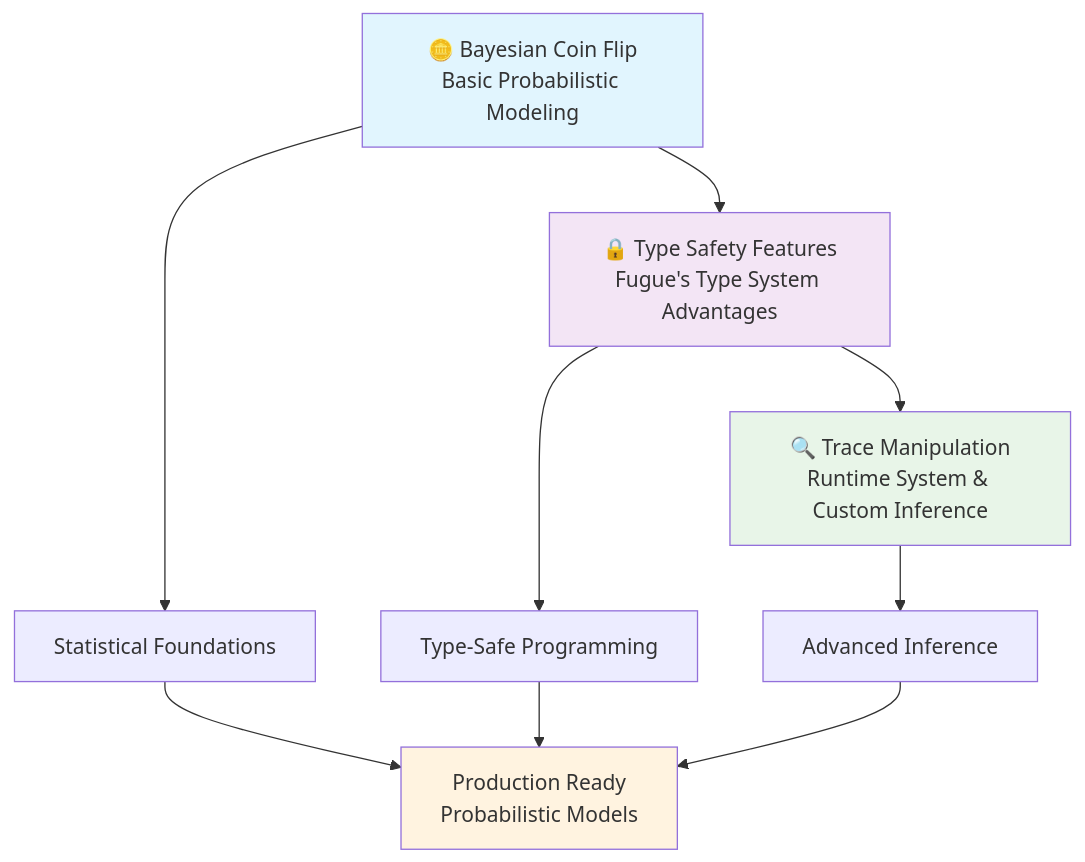
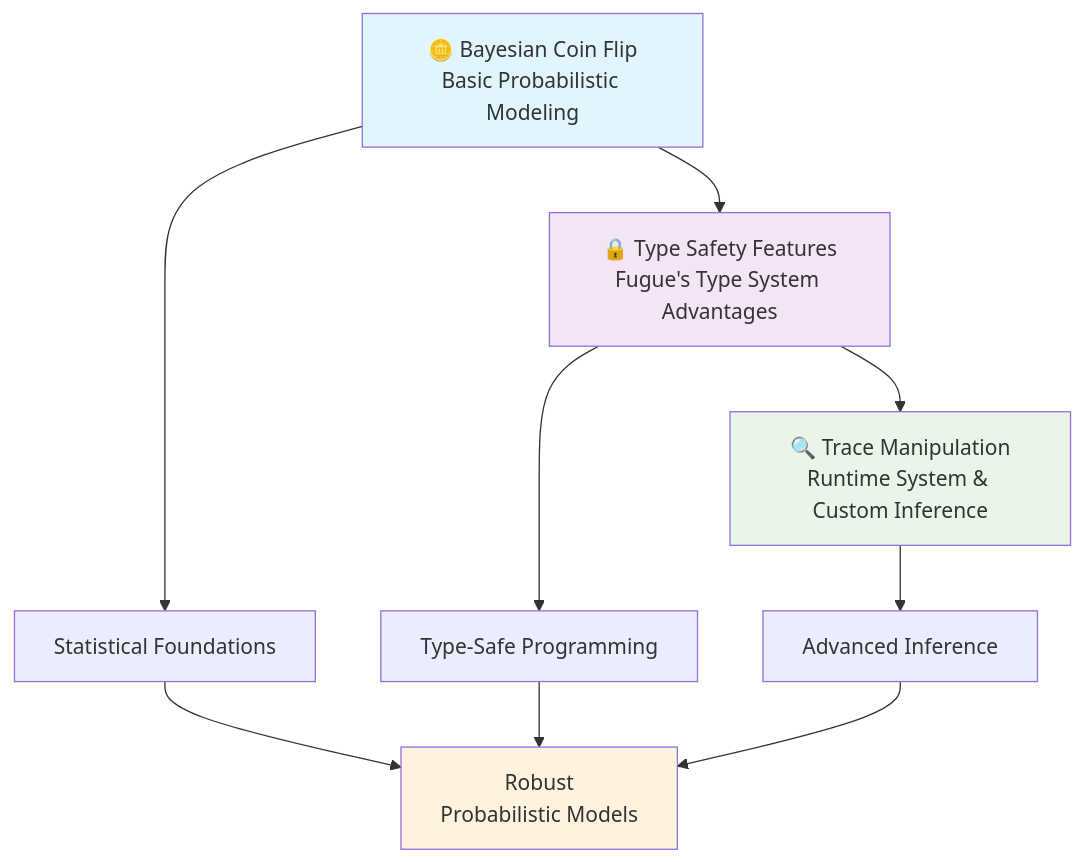
The diagram in docs/src/tutorials/foundation/README.md (alexnodeland/fugue), drawn with Mermaid before and after one commit. The commit also changed other lines of this file and 33 other files, not shown here.

````diff
--- a/docs/src/tutorials/foundation/README.md
+++ b/docs/src/tutorials/foundation/README.md
@@ -9,18 +9,18 @@
 ```mermaid
 graph TB
     A["🪙 Bayesian Coin Flip<br/>Basic Probabilistic Modeling"] --> B["🔒 Type Safety Features<br/>Fugue's Type System Advantages"]
     B --> C["🔍 Trace Manipulation<br/>Runtime System & Custom Inference"]
     
     A --> D["Statistical Foundations"]
     B --> E["Type-Safe Programming"] 
     C --> F["Advanced Inference"]
     
-    D --> G["Production Ready<br/>Probabilistic Models"]
+    D --> G["Robust<br/>Probabilistic Models"]
     E --> G
     F --> G
     
     style A fill:#e1f5fe
     style B fill:#f3e5f5  
     style C fill:#e8f5e8
     style G fill:#fff3e0
 ```
````
